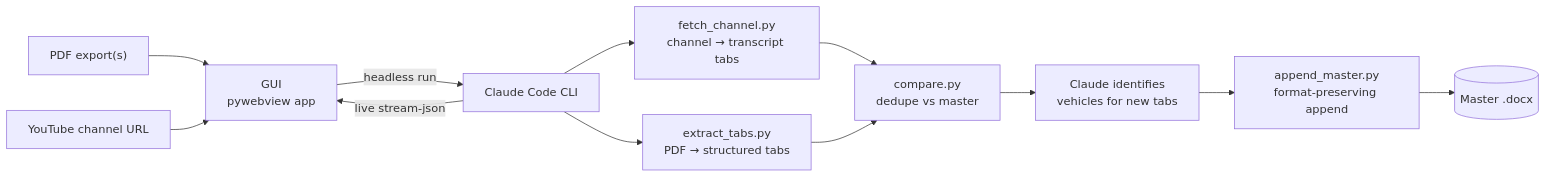
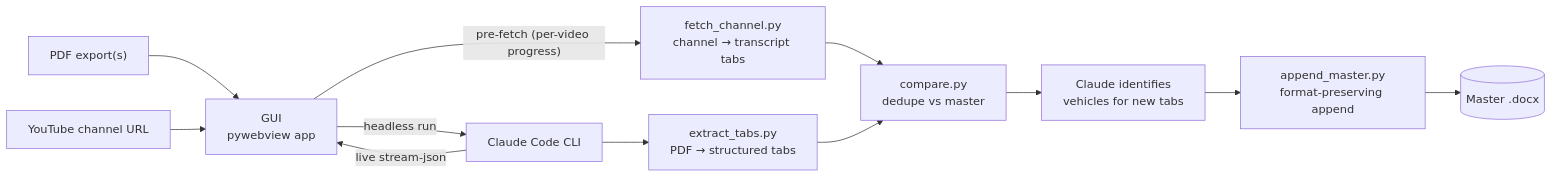
Before and after one commit to kabeermahmood/script-index-updater: the diagram in README.md, drawn with Mermaid. The commit also changed other lines of this file, not shown here.

Commit message:
Update README for channel mode, progress bar, and run controls

````diff
--- a/README.md
+++ b/README.md
@@ -34,14 +36,14 @@
 ```mermaid
 flowchart LR
     A["PDF export(s)"] --> B[GUI<br/>pywebview app]
     A2["YouTube channel URL"] --> B
+    B -->|"pre-fetch (per-video progress)"| D2[fetch_channel.py<br/>channel → transcript tabs]
     B -->|headless run| C[Claude Code CLI]
     C --> D[extract_tabs.py<br/>PDF → structured tabs]
-    C --> D2[fetch_channel.py<br/>channel → transcript tabs]
     D2 --> E
     D --> E[compare.py<br/>dedupe vs master]
     E --> F[Claude identifies<br/>vehicles for new tabs]
     F --> G[append_master.py<br/>format-preserving append]
     G --> H[(Master .docx)]
     C -->|live stream-json| B
 ```
````
